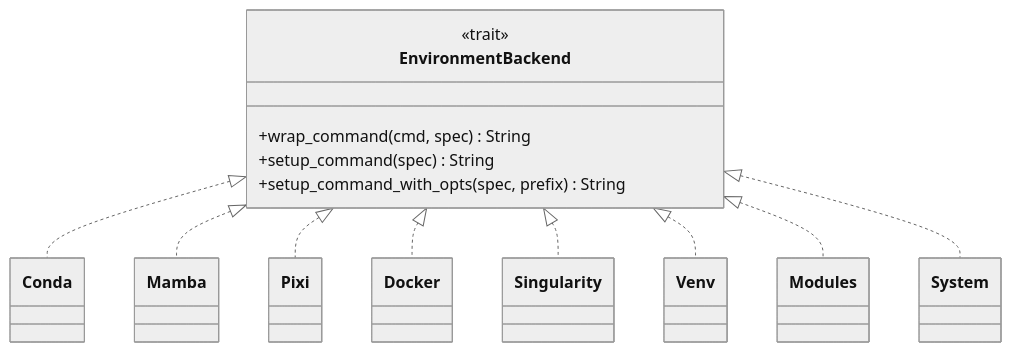
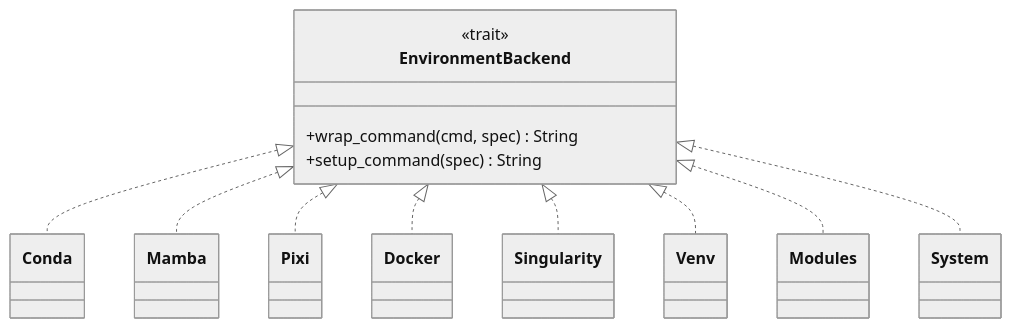
Before and after one commit to Traitome/oxo-flow: the ninth of 12 diagrams in docs/guide/src/reference/architecture.md, drawn with Mermaid (neutral theme). The commit also changed other lines of this file and 8 other files, not shown here.

````diff
--- a/docs/guide/src/reference/architecture.md
+++ b/docs/guide/src/reference/architecture.md
@@ -429,25 +432,24 @@
 ```mermaid
 classDiagram
     class EnvironmentBackend {
         <<trait>>
         +wrap_command(cmd, spec) String
         +setup_command(spec) String
-        +setup_command_with_opts(spec, prefix) String
     }
     class Conda
     class Mamba
     class Pixi
     class Docker
     class Singularity
     class Venv
     class Modules
     class System
     EnvironmentBackend <|.. Conda
     EnvironmentBackend <|.. Mamba
     EnvironmentBackend <|.. Pixi
     EnvironmentBackend <|.. Docker
     EnvironmentBackend <|.. Singularity
     EnvironmentBackend <|.. Venv
     EnvironmentBackend <|.. Modules
     EnvironmentBackend <|.. System
 ```
````
